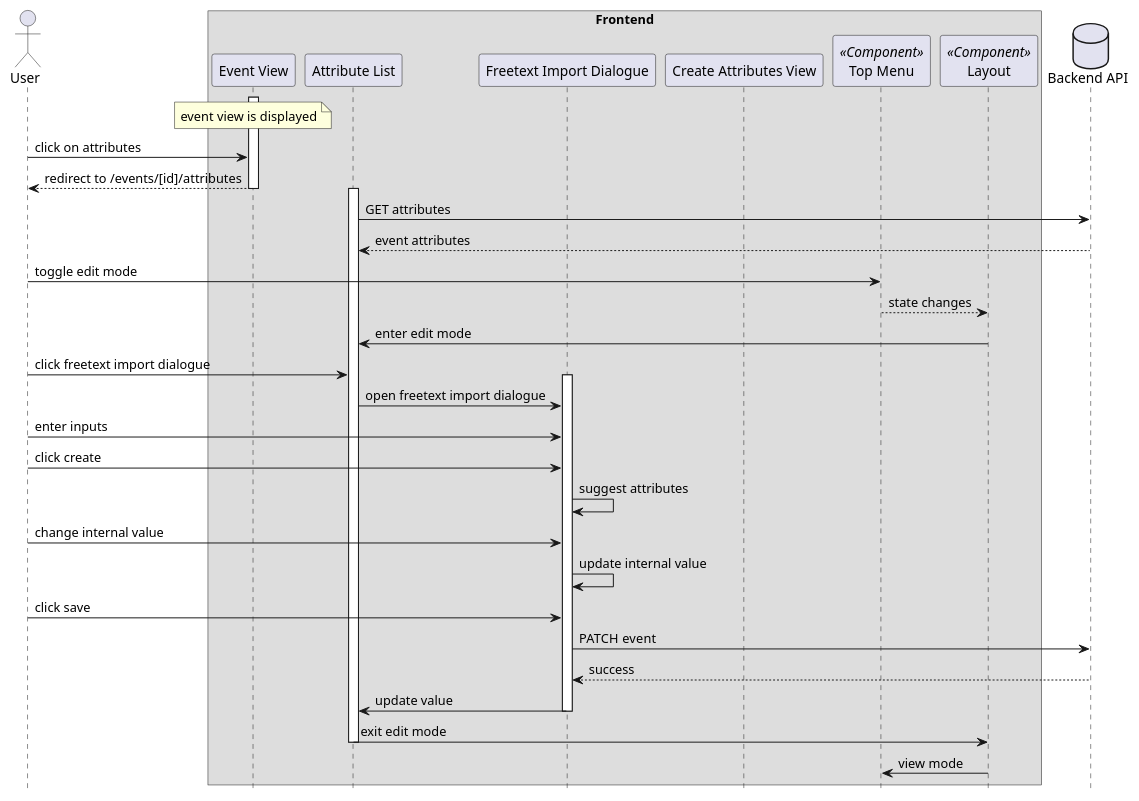
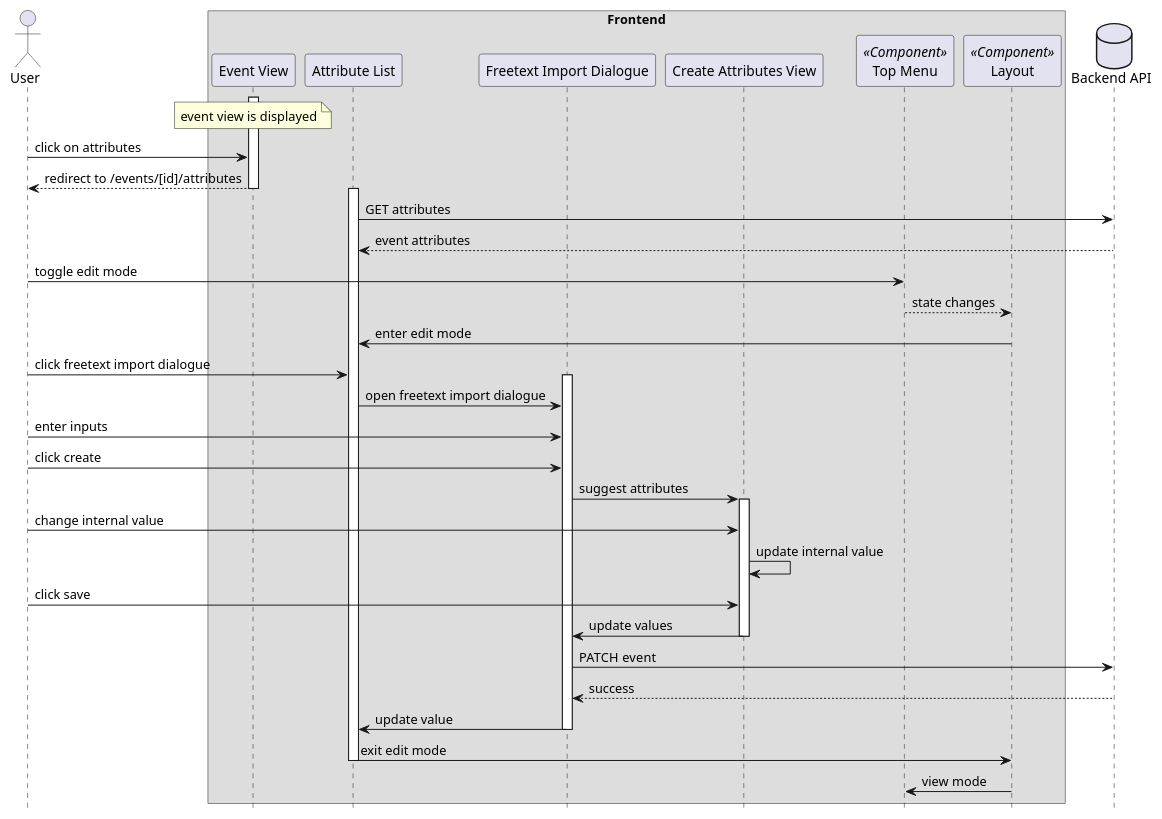
The diagram in docs/freetext_import.plantuml (Modern-MISP/frontend), drawn with PlantUML before and after one commit.

Commit message:
split in dialogue and view

```diff
--- a/docs/freetext_import.plantuml
+++ b/docs/freetext_import.plantuml
@@ -1,48 +1,52 @@
 @startuml
 hide footbox
 
 actor User as user
 box "Frontend"
 participant "Event View" as eventview
 participant "Attribute List" as attributelist
 participant "Freetext Import Dialogue" as freetextdialogue
 participant "Create Attributes View" as createattributesview
 participant "Top Menu" as topmenu <<Component>>
 participant "Layout" as layout <<Component>>
 end box
 database "Backend API" as api
 
 note over eventview : event view is displayed
 
 activate eventview
 user -> eventview : click on attributes
 eventview --> user : redirect to /events/[id]/attributes
 deactivate eventview
 
 activate attributelist
 attributelist -> api : GET attributes
 api --> attributelist : event attributes
 
 user -> topmenu : toggle edit mode
 topmenu --> layout : state changes
 layout -> attributelist : enter edit mode
 user -> attributelist : click freetext import dialogue
 
 activate freetextdialogue
 attributelist -> freetextdialogue : open freetext import dialogue
 user -> freetextdialogue : enter inputs
 user -> freetextdialogue : click create
-freetextdialogue -> freetextdialogue : suggest attributes
-user -> freetextdialogue : change internal value
-freetextdialogue -> freetextdialogue : update internal value
-user -> freetextdialogue : click save
+
+freetextdialogue -> createattributesview : suggest attributes
+activate createattributesview
+user -> createattributesview : change internal value
+createattributesview -> createattributesview : update internal value
+user -> createattributesview : click save
+createattributesview -> freetextdialogue : update values
+deactivate createattributesview
 
 freetextdialogue -> api : PATCH event
 api --> freetextdialogue : success
 freetextdialogue -> attributelist : update value
 deactivate freetextdialogue
 
 attributelist -> layout : exit edit mode
 deactivate attributelist
 layout -> topmenu : view mode
 @enduml
```
